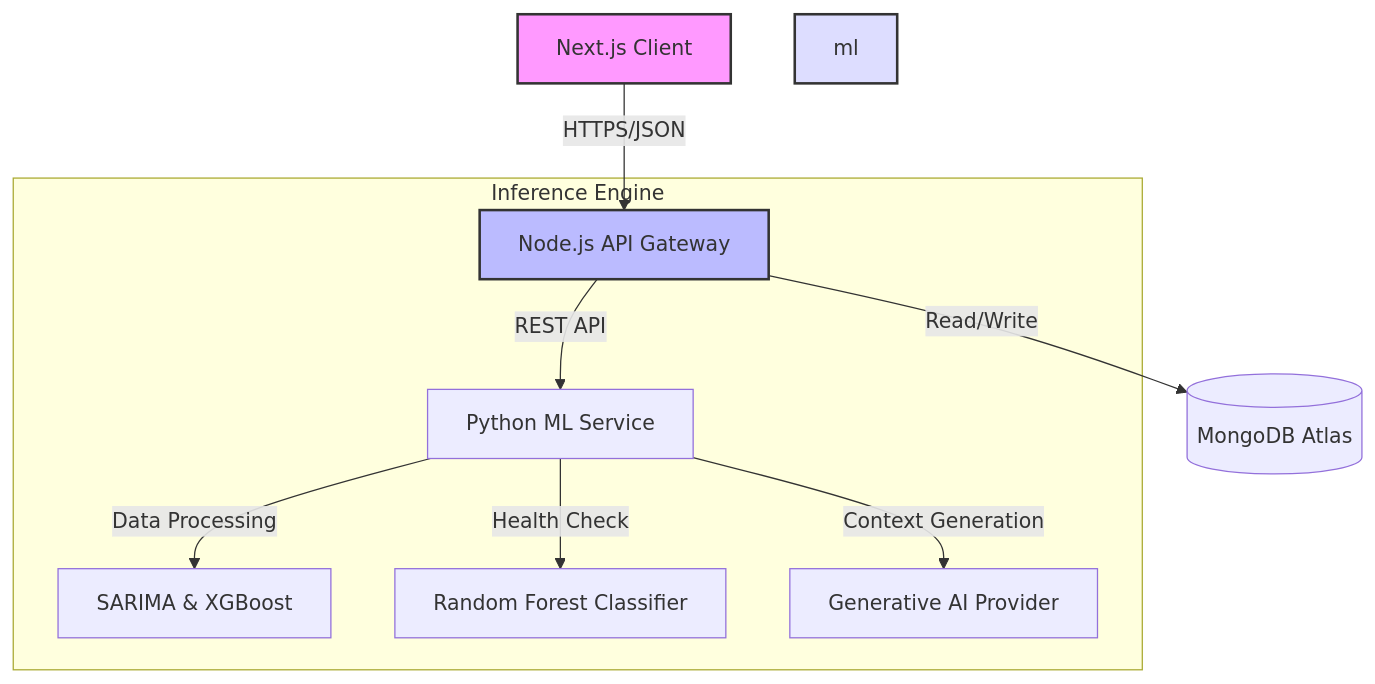
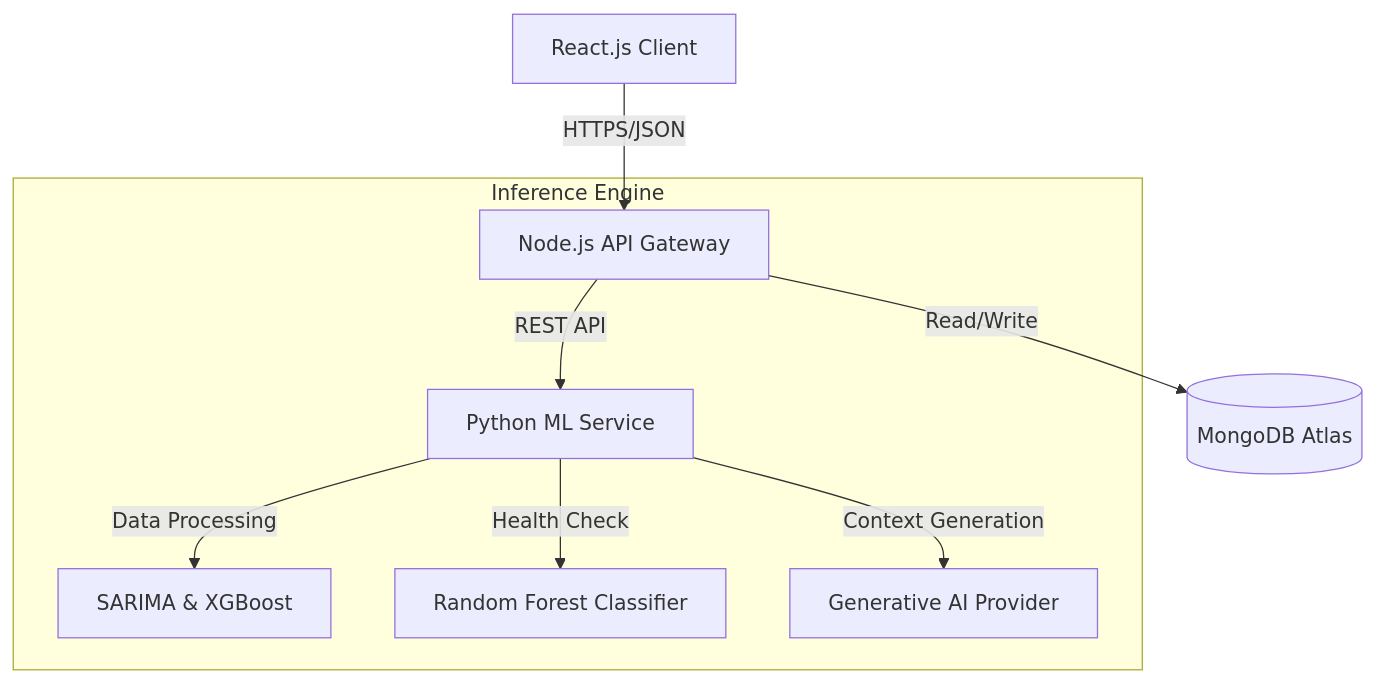
One commit to Ha3ar6ous/adaptivefinance-LYProject changed the first of 2 diagrams in README.md. Above: the diagram before and after it, drawn with Mermaid. The commit also changed other lines of this file, not shown here.

````diff
--- a/README.md
+++ b/README.md
@@ -18,16 +18,12 @@
 ```mermaid
 graph TD
-    Client[Next.js Client] -->|HTTPS/JSON| API[Node.js API Gateway]
+    Client[React.js Client] -->|HTTPS/JSON| API[Node.js API Gateway]
     API -->|Read/Write| DB[(MongoDB Atlas)]
     
     subgraph "Inference Engine"
         API -->|REST API| ML[Python ML Service]
         ML -->|Data Processing| Forecast[SARIMA & XGBoost]
         ML -->|Health Check| Scoring[Random Forest Classifier]
         ML -->|Context Generation| LLM[Generative AI Provider]
     end
-    
-    style Client fill:#f9f,stroke:#333,stroke-width:2px
-    style API fill:#bbf,stroke:#333,stroke-width:2px
-    style ml fill:#ddf,stroke:#333,stroke-width:2px
 ```
````
